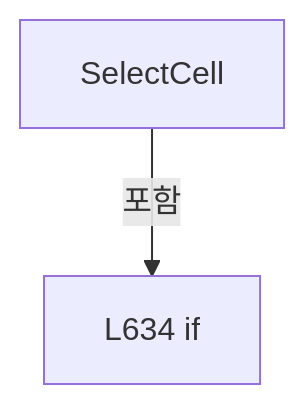
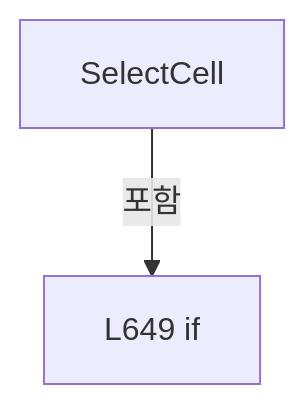
One commit to kjuws10-rgb/Shared changed diagram 16 of 18 in A3 LD Code Ref/files/Drilling.UI/Menu/Menus/CMenuCorrection.ReviewData.Offset.cs.md. Above: the diagram before and after it, drawn with Mermaid. The commit also changed other lines of this file and 2071 other files, not shown here.

Commit message:
docs(a3): update 11.19.0 architecture and code reference

````diff
--- a/A3 LD Code Ref/files/Drilling.UI/Menu/Menus/CMenuCorrection.ReviewData.Offset.cs.md
+++ b/A3 LD Code Ref/files/Drilling.UI/Menu/Menus/CMenuCorrection.ReviewData.Offset.cs.md
@@ -2740,6 +2750,6 @@
 ```mermaid
 flowchart TD
  M["SelectCell"]
- N0["L634 if"]
+ N0["L649 if"]
  M -->|포함| N0
 ```
````
